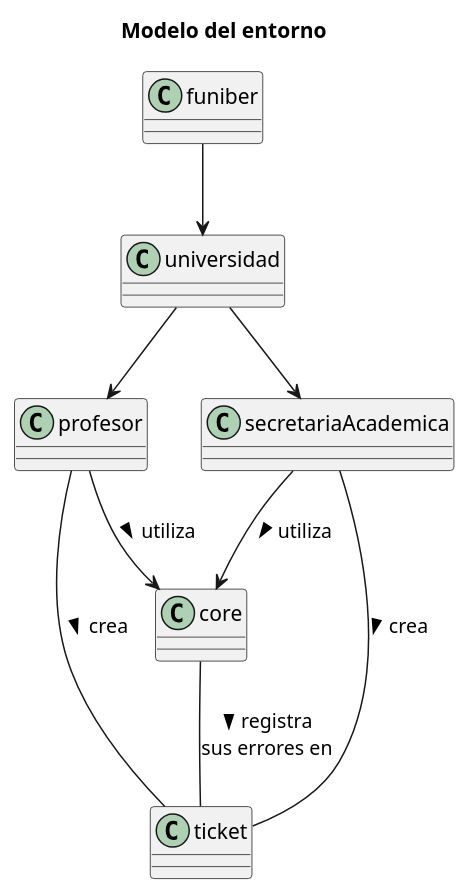
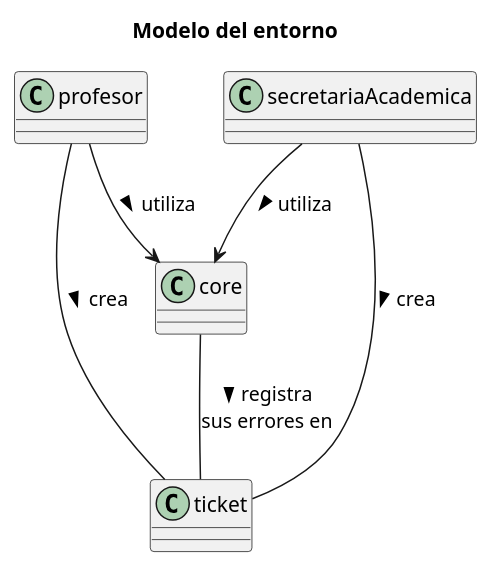
Before and after one commit to mmasias/23-24-IdSw1-SDR: the diagram in modelosUML/ModeloDelEntorno.puml, drawn with PlantUML. The commit also changed 2 other files, not shown here.

Commit message:
update diagrama de estados and modelo del entorno

```diff
--- a/modelosUML/ModeloDelEntorno.puml
+++ b/modelosUML/ModeloDelEntorno.puml
@@ -1,15 +1,10 @@
 @startuml
 'https://plantuml.com/sequence-diagram
 title Modelo del entorno
-
-class profesor
-funiber --> universidad 
-universidad --> profesor 
-universidad --> secretariaAcademica
 profesor --> core : > utiliza
 secretariaAcademica --> core: > utiliza
 profesor -- ticket: > crea
 secretariaAcademica -- ticket: > crea
 core -- ticket : > registra\nsus errores en
 
 @enduml
```
